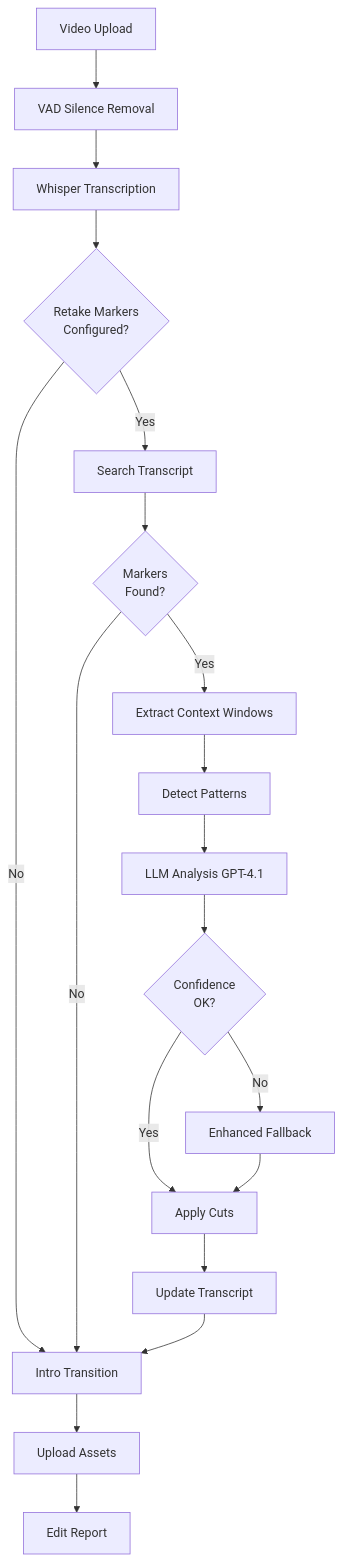
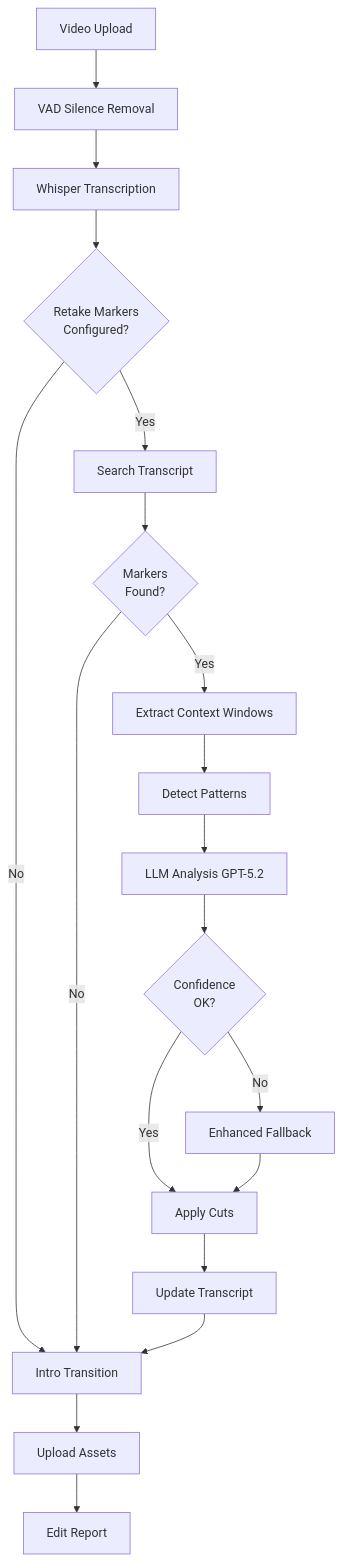
One commit to hcthisen/Vibe---Youtube-Workflow changed the diagram in workers/media/docs/RETAKE_DETECTION.md. Above: the diagram before and after it, drawn with Mermaid. The commit also changed other lines of this file and 6 other files, not shown here.

````diff
--- a/workers/media/docs/RETAKE_DETECTION.md
+++ b/workers/media/docs/RETAKE_DETECTION.md
@@ -43,21 +43,21 @@
 ```mermaid
 graph TD
     A[Video Upload] --> B[VAD Silence Removal]
     B --> C[Whisper Transcription]
     C --> D{Retake Markers<br/>Configured?}
     D -->|No| I[Intro Transition]
     D -->|Yes| E[Search Transcript]
     E --> F{Markers<br/>Found?}
     F -->|No| I
     F -->|Yes| G[Extract Context Windows]
     G --> H[Detect Patterns]
-    H --> J[LLM Analysis GPT-4.1]
+    H --> J[LLM Analysis GPT-5.2]
     J --> K{Confidence<br/>OK?}
     K -->|Yes| L[Apply Cuts]
     K -->|No| M[Enhanced Fallback]
     M --> L
     L --> N[Update Transcript]
     N --> I
     I --> O[Upload Assets]
     O --> P[Edit Report]
 ```
````
